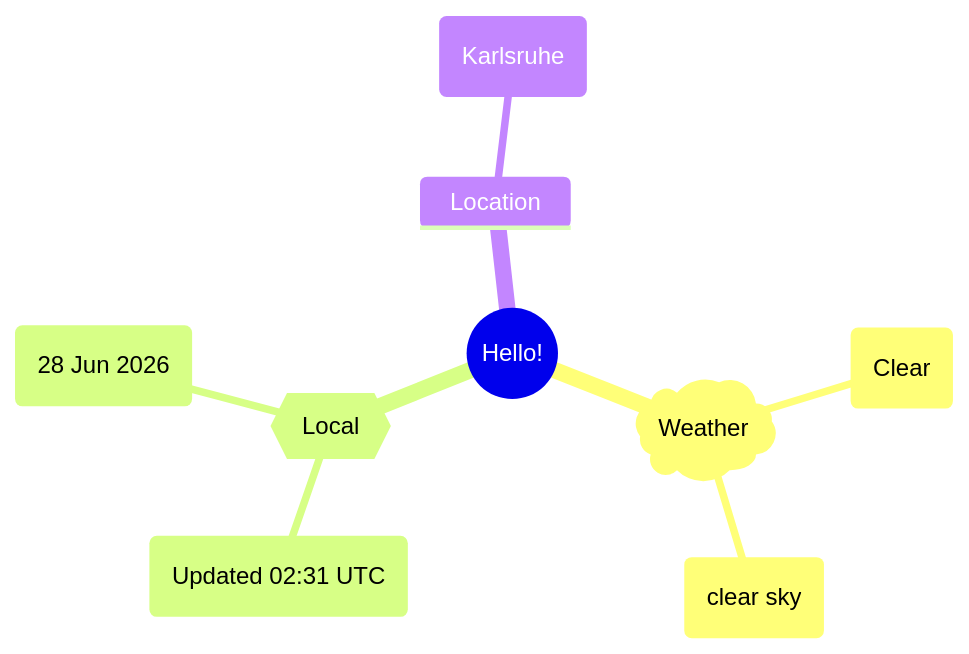
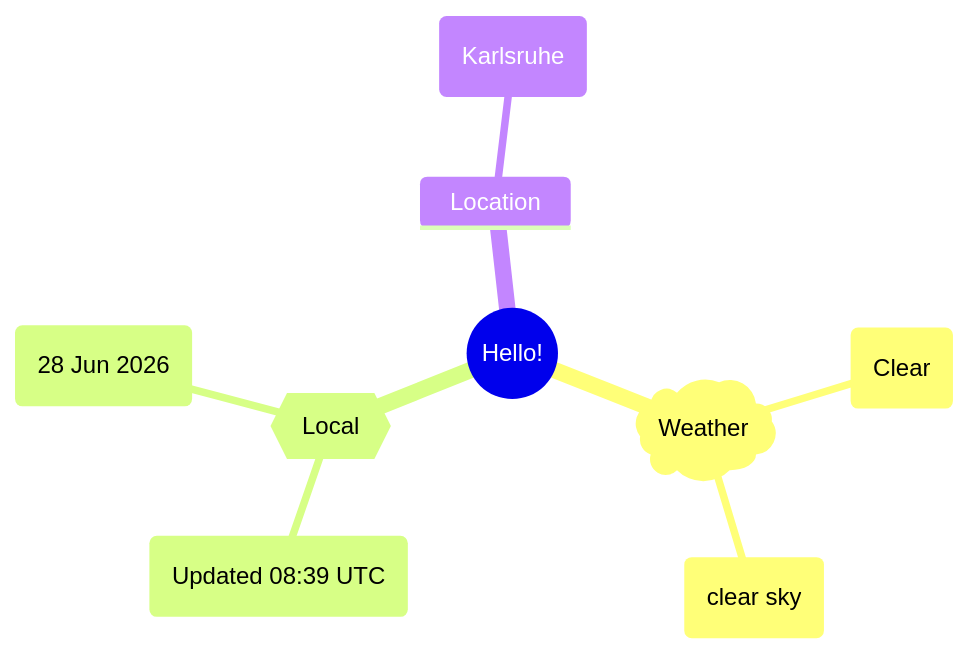
The first of 2 diagrams in README.md (Xosrov/Xosrov), drawn with Mermaid before and after one commit.

Commit message:
[bot] updated images

````diff
--- a/README.md
+++ b/README.md
@@ -3,12 +3,12 @@
 ```mermaid
 mindmap
   root((Hello!))
     )Weather(
         (Clear)
         (clear sky)
     {{Local}}
-        (Updated 02:31 UTC)
+        (Updated 08:39 UTC)
         (28 Jun 2026)
     Location
         (Karlsruhe)
 ```
````
